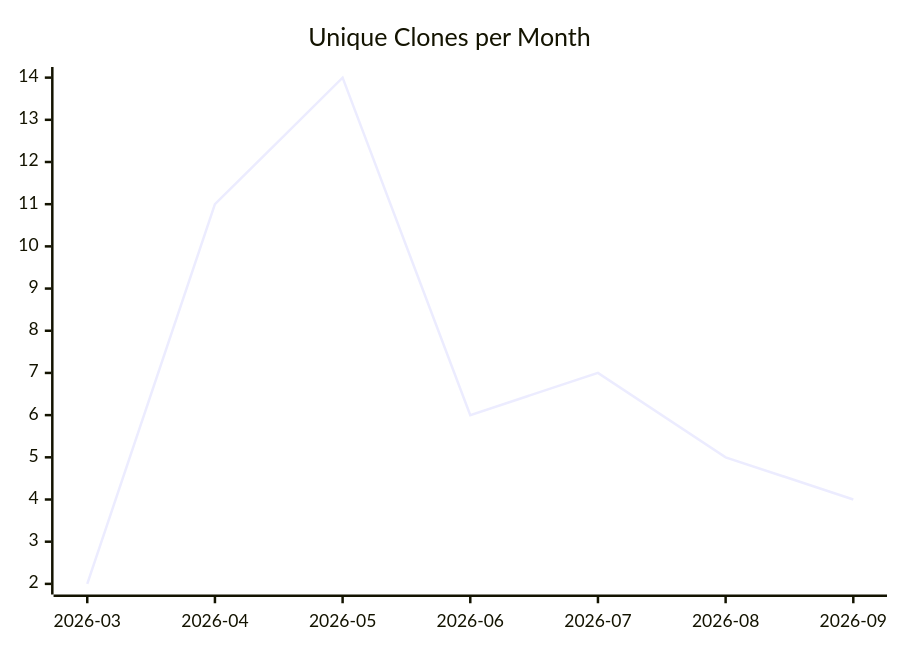
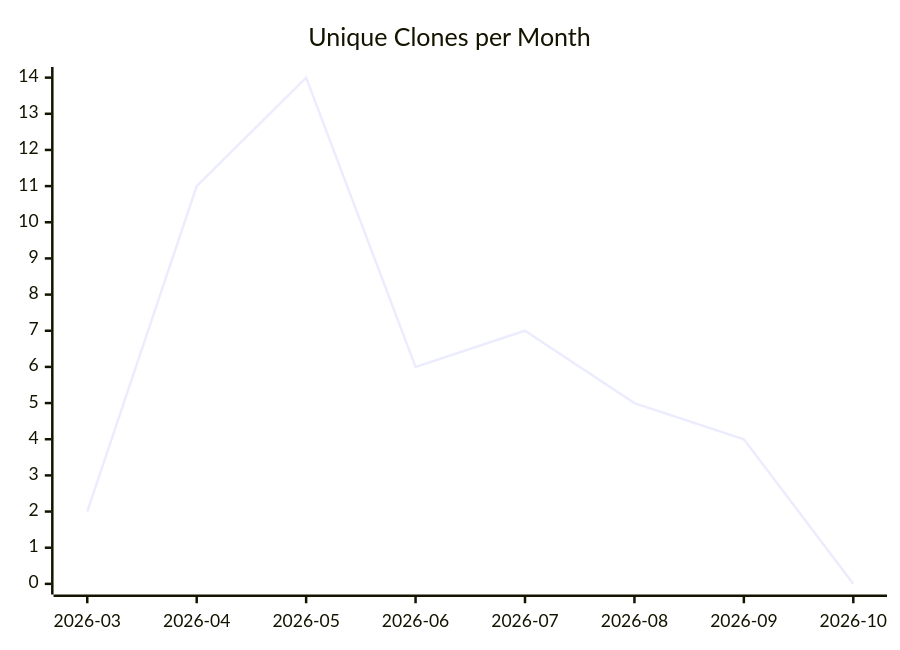
One commit to justdavis-family/github-analytics-data changed the third of 3 diagrams in karlmdavis/m2e-core/README.md. Above: the diagram before and after it, drawn with Mermaid. The commit also changed other lines of this file and 202 other files, not shown here.

````diff
--- a/karlmdavis/m2e-core/README.md
+++ b/karlmdavis/m2e-core/README.md
@@ -19,6 +19,6 @@
 ```mermaid
 xychart-beta
   title "Unique Clones per Month"
-  x-axis ["2026-03", "2026-04", "2026-05", "2026-06", "2026-07", "2026-08", "2026-09"]
-  line [2, 11, 14, 6, 7, 5, 4]
+  x-axis ["2026-03", "2026-04", "2026-05", "2026-06", "2026-07", "2026-08", "2026-09", "2026-10"]
+  line [2, 11, 14, 6, 7, 5, 4, 0]
 ```
````
